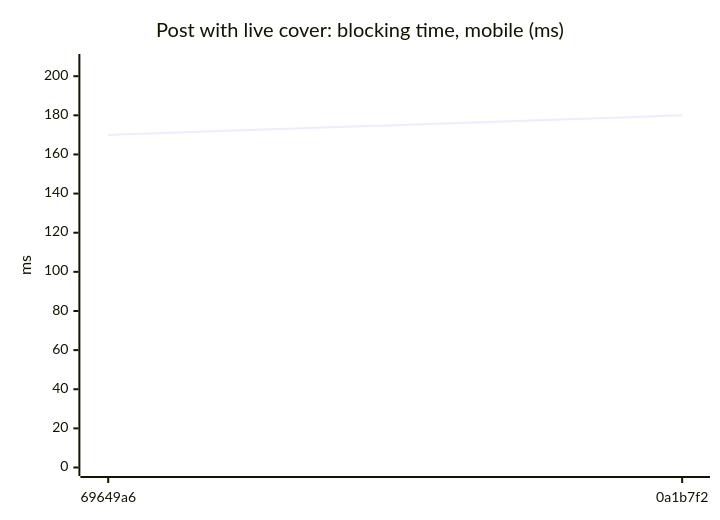
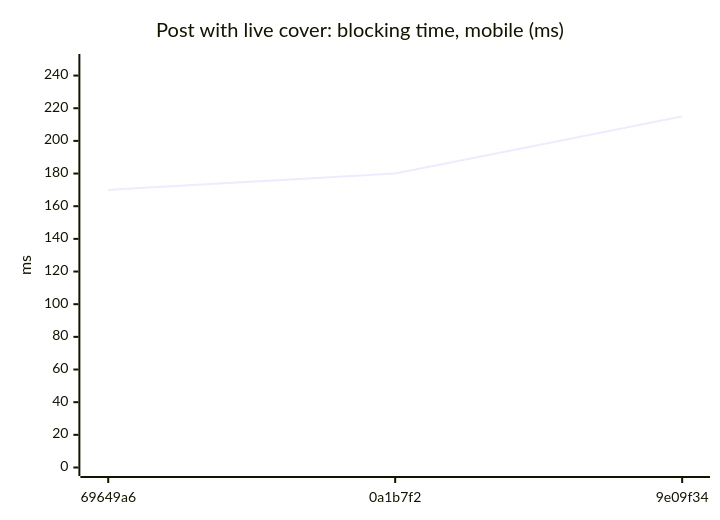
One commit to AxelUser/maltsev.space changed diagram 14 of 18 in README.md. Above: the diagram before and after it, drawn with Mermaid. The commit also changed other lines of this file and 1 other file, not shown here.

````diff
--- a/README.md
+++ b/README.md
@@ -151,7 +151,7 @@
 ```mermaid
 xychart-beta
   title "Post with live cover: blocking time, mobile (ms)"
-  x-axis ["69649a6", "0a1b7f2"]
-  y-axis "ms" 0 --> 207
-  line [170, 180]
+  x-axis ["69649a6", "0a1b7f2", "9e09f34"]
+  y-axis "ms" 0 --> 248
+  line [170, 180, 215]
 ```
````
